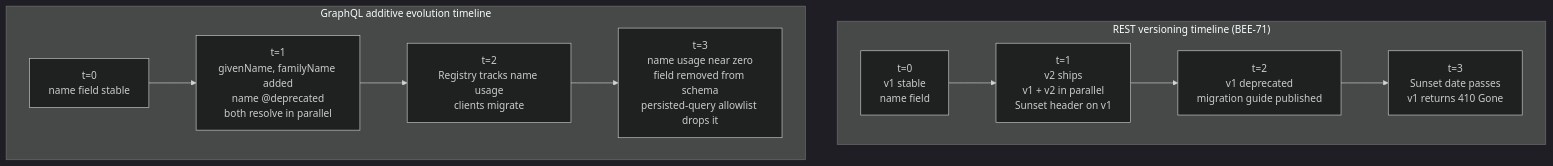
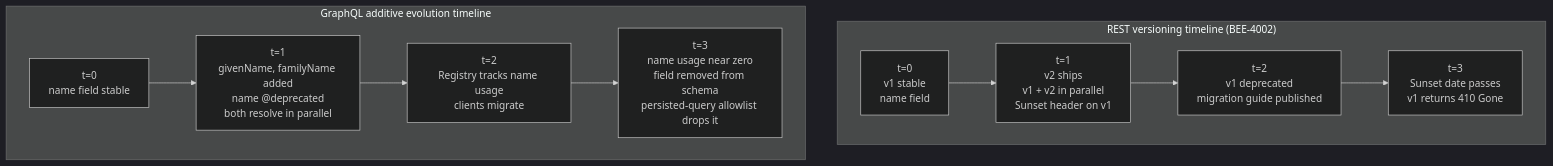
The third of 3 diagrams in docs/en/api-design/graphql-operational-patterns.md (alivedise/backend-engineering-essentials), drawn with Mermaid (dark theme) before and after one commit. The commit also changed other lines of this file and 606 other files, not shown here.

````diff
--- a/docs/en/api-design/graphql-operational-patterns.md
+++ b/docs/en/api-design/graphql-operational-patterns.md
@@ -195,16 +195,16 @@
 ```mermaid
 flowchart TB
-    subgraph REST["REST versioning timeline (BEE-71)"]
+    subgraph REST["REST versioning timeline (BEE-4002)"]
         direction LR
         R0[t=0<br/>v1 stable<br/>name field] --> R1[t=1<br/>v2 ships<br/>v1 + v2 in parallel<br/>Sunset header on v1]
         R1 --> R2[t=2<br/>v1 deprecated<br/>migration guide published]
         R2 --> R3[t=3<br/>Sunset date passes<br/>v1 returns 410 Gone]
     end
 
     subgraph GQL["GraphQL additive evolution timeline"]
         direction LR
         G0[t=0<br/>name field stable] --> G1[t=1<br/>givenName, familyName added<br/>name @deprecated<br/>both resolve in parallel]
         G1 --> G2[t=2<br/>Registry tracks name usage<br/>clients migrate]
         G2 --> G3[t=3<br/>name usage near zero<br/>field removed from schema<br/>persisted-query allowlist drops it]
     end
 ```
````
